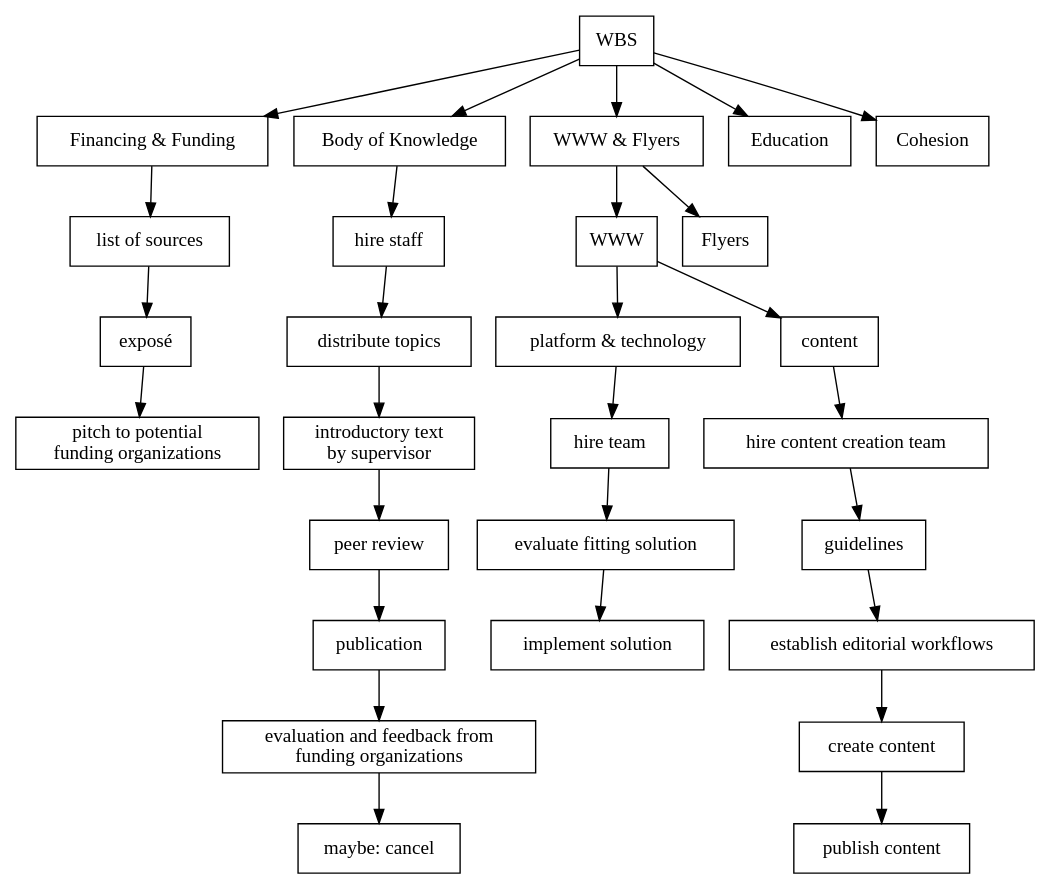
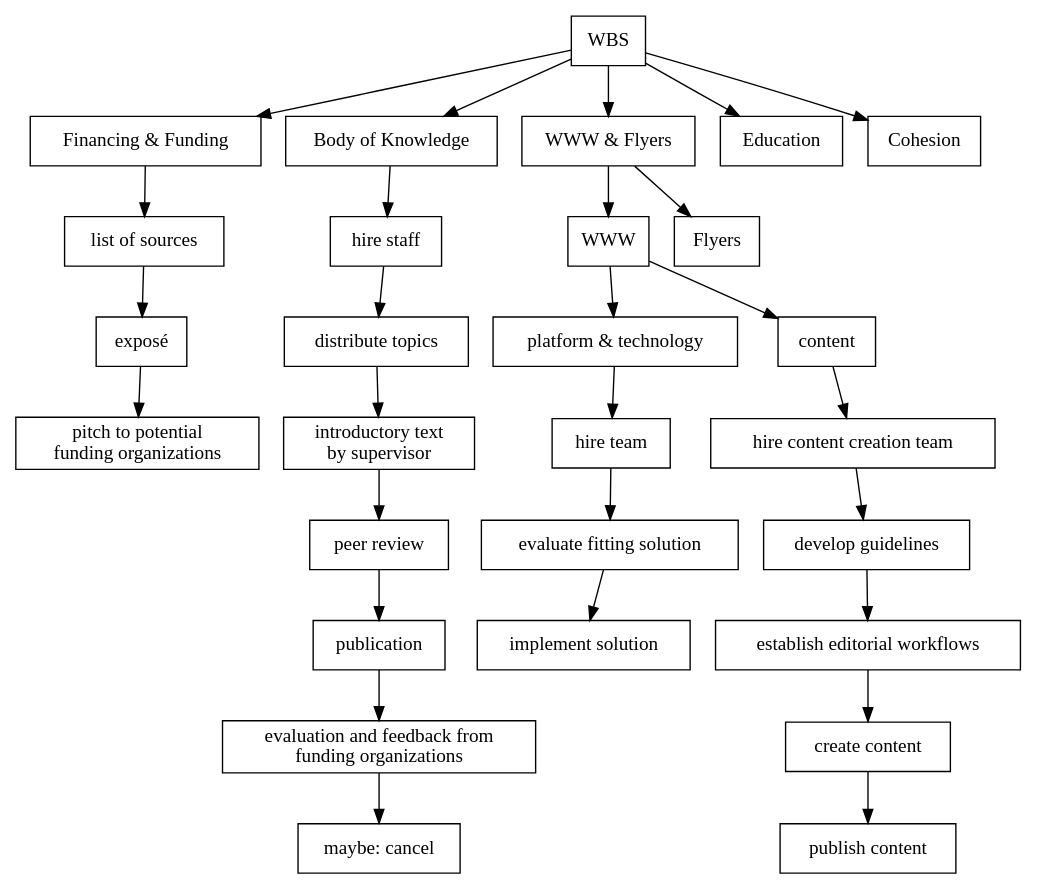
One commit to flyser/presentation-epm changed the diagram in wbs.gv. Above: the diagram before and after it, drawn with Graphviz.

Commit message:
minimal addition

```diff
--- a/wbs.gv
+++ b/wbs.gv
@@ -1,42 +1,42 @@
 digraph g {
 node [shape=record];
 graph [];
 
 "WBS";
 
 "WBS" -> "Financing & Funding"
 	-> "list of sources"
 	-> "exposé"
 	-> "pitch to potential\n funding organizations"
 ;
 
 "WBS" -> "Body of Knowledge"
 	-> "hire staff"
 	-> "distribute topics"
 	-> "introductory text\n by supervisor"
 	-> "peer review"
 	-> "publication"
 	-> "evaluation and feedback from\n funding organizations"
 	-> "maybe: cancel"
 ;
 
 "WBS" -> "WWW & Flyers";
 "WWW & Flyers" -> "WWW";
 "WWW" -> "platform & technology"
 	-> "hire team"
 	-> "evaluate fitting solution"
 	-> "implement solution";
 "WWW" -> "content"
 	-> "hire content creation team"
-	-> "guidelines"
+	-> "develop guidelines"
 	-> "establish editorial workflows"
 	-> "create content"
 	-> "publish content";
 "WWW & Flyers"
 	-> "Flyers"
 ;
 
 "WBS" -> "Education";
 
 "WBS" -> "Cohesion";
 }
```
